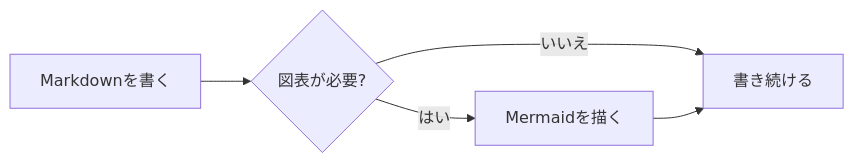
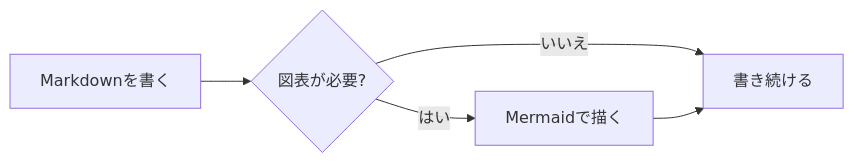
The first of 3 diagrams in src/help/markdown-guide.ja.md (CatVinci-Studio/Textus), drawn with Mermaid before and after one commit. The commit also changed other lines of this file and 2292 other files, not shown here.

````diff
--- a/src/help/markdown-guide.ja.md
+++ b/src/help/markdown-guide.ja.md
@@ -97,7 +96,7 @@
 ```mermaid
 flowchart LR
     A[Markdownを書く] --> B{図表が必要?}
-    B -- はい --> C[Mermaidを描く]
+    B -- はい --> C[Mermaidで描く]
     B -- いいえ --> D[書き続ける]
     C --> D
 ```
````
